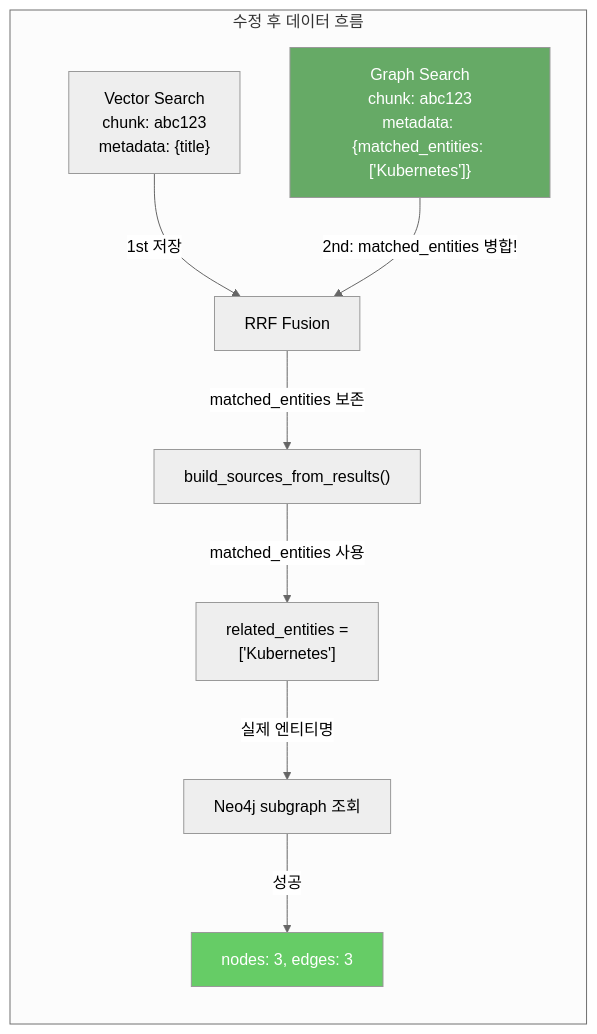
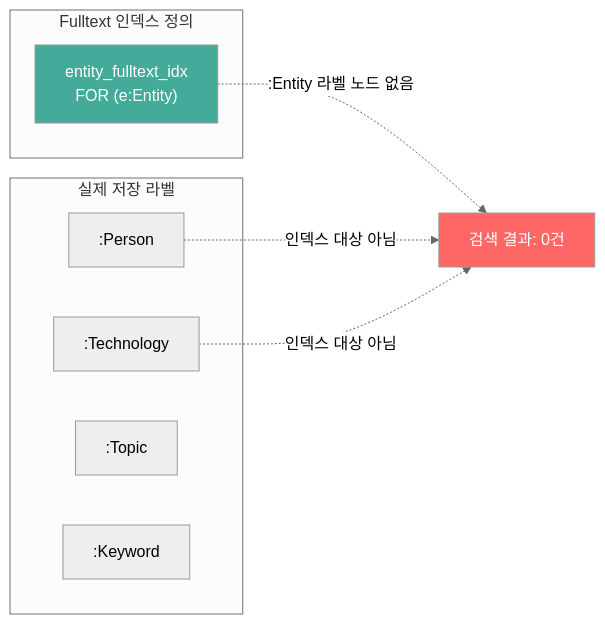
The fourth of 6 diagrams in knowledge_service/docs/07_maintenance/21_bugfix_report_2026-02-11_gateway_405_graph_empty.md (k82022603/hybrid-rag-knowledge-ops), drawn with Mermaid (neutral theme) before and after one commit. The commit also changed other lines of this file and 4 other files, not shown here.

First line of the commit message:
[FIX] Graph 시각화 빈 결과 Phase 2 - Fulltext 인덱스 + fallback 패턴 수정

````diff
--- a/knowledge_service/docs/07_maintenance/21_bugfix_report_2026-02-11_gateway_405_graph_empty.md
+++ b/knowledge_service/docs/07_maintenance/21_bugfix_report_2026-02-11_gateway_405_graph_empty.md
@@ -212,19 +174,18 @@
 ```mermaid
-flowchart TB
-    subgraph Fix["수정 후 데이터 흐름"]
-        direction TB
-        V2["Vector Search<br/>chunk: abc123<br/>metadata: {title}"]
-        G2["Graph Search<br/>chunk: abc123<br/>metadata: {matched_entities: ['Kubernetes']}"]
+flowchart LR
+    subgraph Index["Fulltext 인덱스 정의"]
+        IDX["entity_fulltext_idx<br/>FOR (e:Entity)"]
+    end
+    subgraph Storage["실제 저장 라벨"]
+        P[":Person"]
+        T[":Technology"]
+        TP[":Topic"]
+        K[":Keyword"]
+    end
+    IDX -.->|":Entity 라벨 노드 없음"| MISS["검색 결과: 0건"]
+    P -.->|"인덱스 대상 아님"| MISS
+    T -.->|"인덱스 대상 아님"| MISS
 
-        V2 -->|"1st 저장"| RRF2["RRF Fusion"]
-        G2 -->|"2nd: matched_entities 병합!"| RRF2
-
-        RRF2 -->|"matched_entities 보존"| BUILD2["build_sources_from_results()"]
-        BUILD2 -->|"matched_entities 사용"| ENT2["related_entities =<br/>['Kubernetes']"]
-        ENT2 -->|"실제 엔티티명"| NEO2["Neo4j subgraph 조회"]
-        NEO2 -->|"성공"| GRAPH["nodes: 3, edges: 3"]
-    end
-
-    style G2 fill:#6a6,color:#fff
-    style GRAPH fill:#6c6,color:#fff
+    style MISS fill:#f66,color:#fff
+    style IDX fill:#4a9,color:#fff
 ```
````
